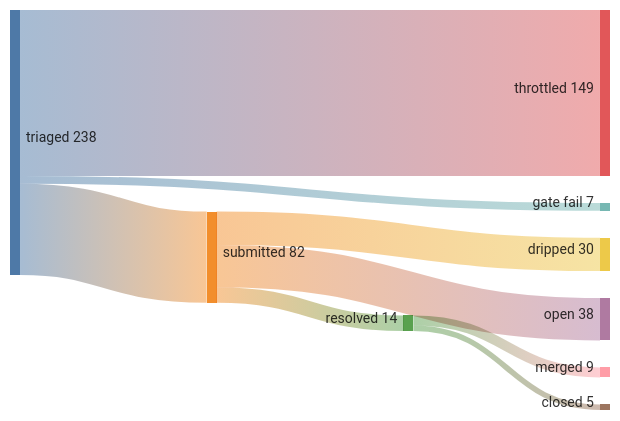
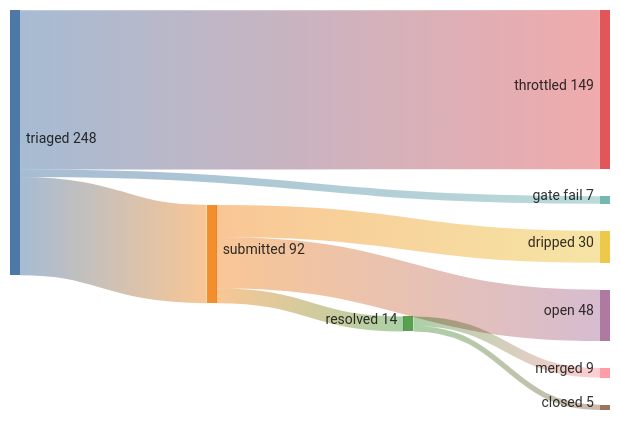
Before and after one commit to kimjune01/kimjune01: the diagram in README.md, drawn with Mermaid. The commit also changed other lines of this file, not shown here.

````diff
--- a/README.md
+++ b/README.md
@@ -3,11 +3,11 @@
 ```mermaid
 sankey-beta
-    triaged,    submitted,  82
+    triaged,    submitted,  92
     triaged,    throttled,  149
     triaged,    gate fail,  7
     submitted,  resolved,   14
     submitted,  dripped,    30
-    submitted,  open,       38
+    submitted,  open,       48
     resolved,   merged,     9
     resolved,   closed,     5
 ```
````
